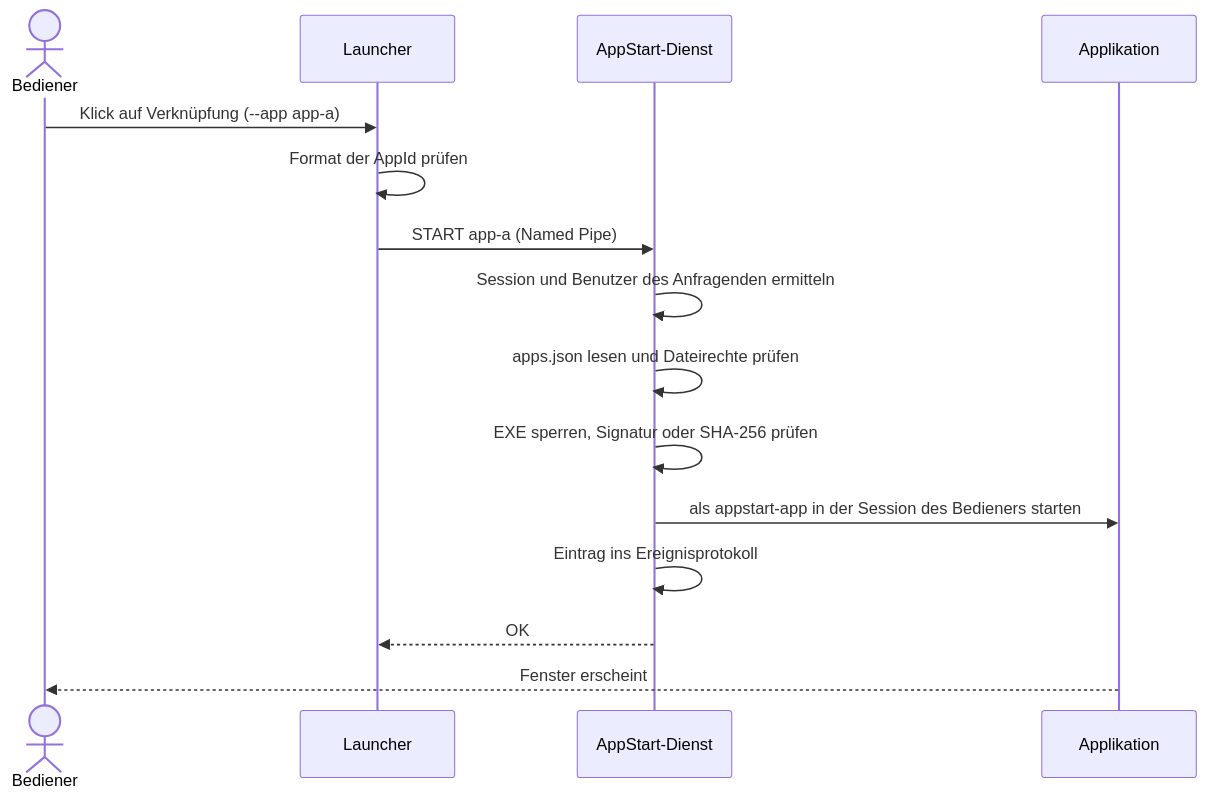
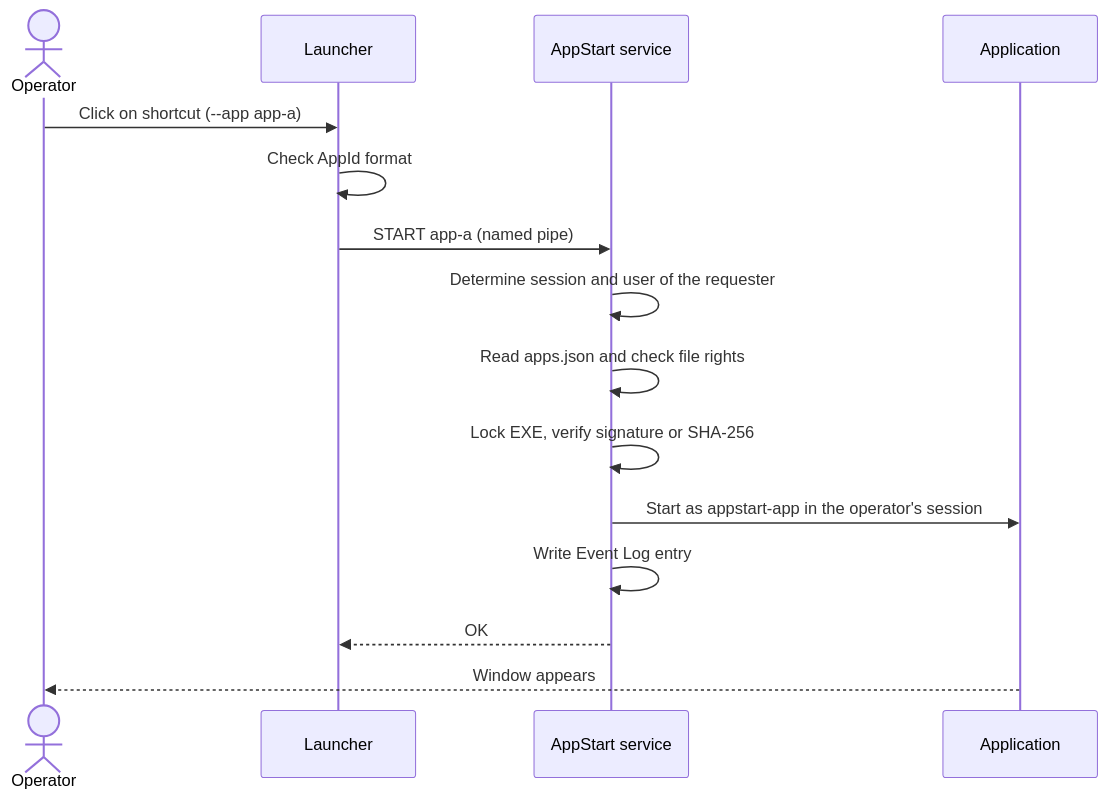
Before and after one commit to trosinde/app-launcher: the diagram in docs/funktionsweise.md, drawn with Mermaid. The commit also changed other lines of this file and 161 other files, not shown here.

````diff
--- a/docs/funktionsweise.md
+++ b/docs/funktionsweise.md
@@ -25,17 +25,17 @@
 ```mermaid
 sequenceDiagram
-    actor B as Bediener
+    actor B as Operator
     participant L as Launcher
-    participant S as AppStart-Dienst
-    participant A as Applikation
-    B->>L: Klick auf Verknüpfung (--app app-a)
-    L->>L: Format der AppId prüfen
-    L->>S: START app-a (Named Pipe)
-    S->>S: Session und Benutzer des Anfragenden ermitteln
-    S->>S: apps.json lesen und Dateirechte prüfen
-    S->>S: EXE sperren, Signatur oder SHA-256 prüfen
-    S->>A: als appstart-app in der Session des Bedieners starten
-    S->>S: Eintrag ins Ereignisprotokoll
+    participant S as AppStart service
+    participant A as Application
+    B->>L: Click on shortcut (--app app-a)
+    L->>L: Check AppId format
+    L->>S: START app-a (named pipe)
+    S->>S: Determine session and user of the requester
+    S->>S: Read apps.json and check file rights
+    S->>S: Lock EXE, verify signature or SHA-256
+    S->>A: Start as appstart-app in the operator's session
+    S->>S: Write Event Log entry
     S-->>L: OK
-    A-->>B: Fenster erscheint
+    A-->>B: Window appears
 ```
````
